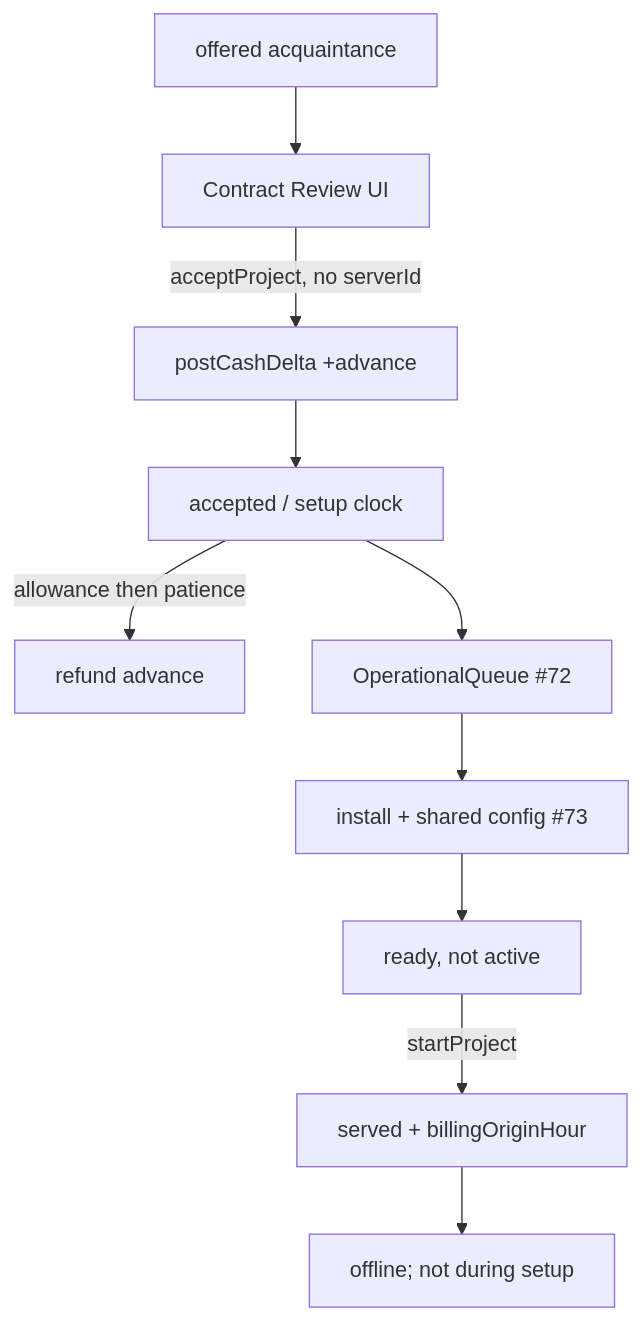
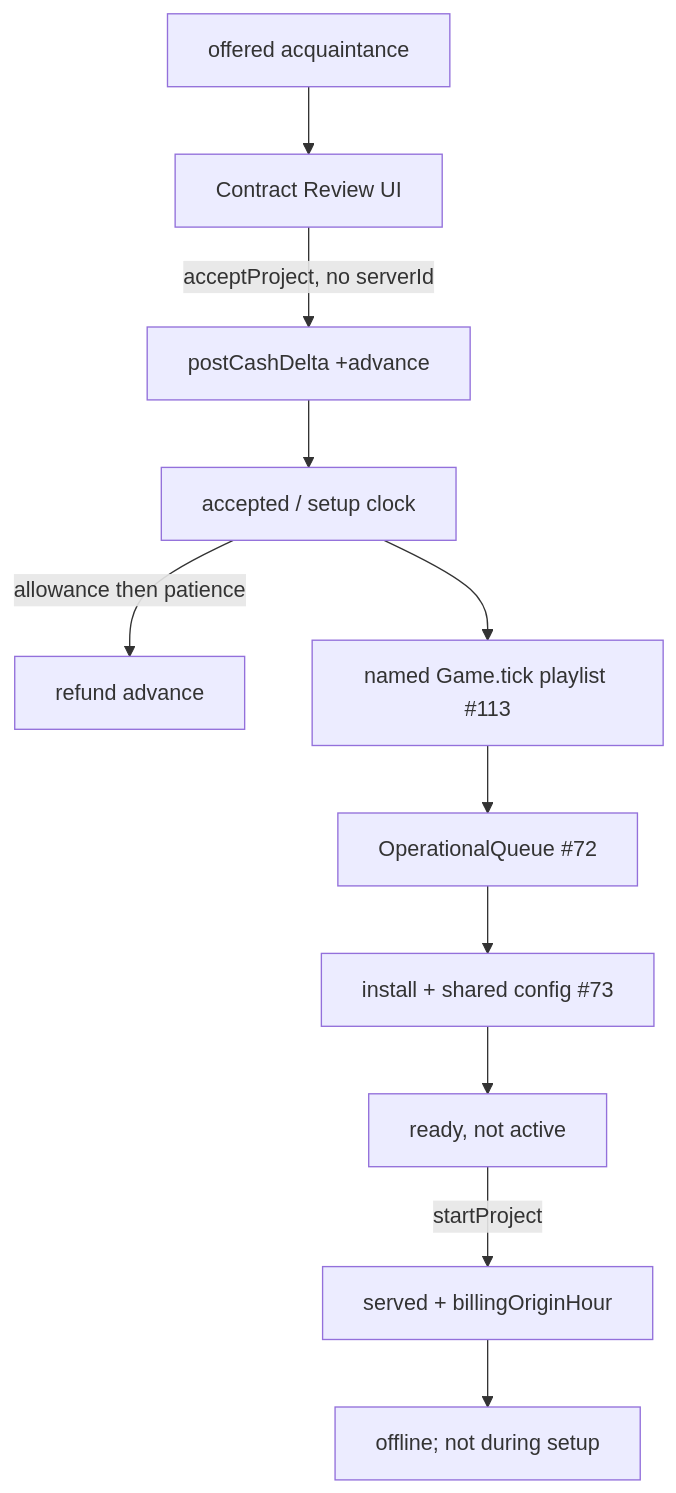
The diagram in .cursor/plans/m4-infrastructure-preparation-and-operations.plan.md (movahedan/fivenines), drawn with Mermaid before and after one commit. The commit also changed other lines of this file and 9 other files, not shown here.

Commit message:
docs(root,@packages/fivenines-engine): plan hourly tick playlist before ops queue

````diff
--- a/.cursor/plans/m4-infrastructure-preparation-and-operations.plan.md
+++ b/.cursor/plans/m4-infrastructure-preparation-and-operations.plan.md
@@ -36,12 +39,13 @@
 ```mermaid
 flowchart TB
   Offer["offered acquaintance"] --> Review["Contract Review UI"]
   Review -->|"acceptProject, no serverId"| Advance["postCashDelta +advance"]
   Advance --> Setup["accepted / setup clock"]
   Setup -->|"allowance then patience"| Withdraw["refund advance"]
-  Setup --> Queue["OperationalQueue #72"]
+  Setup --> Playlist["named Game.tick playlist #113"]
+  Playlist --> Queue["OperationalQueue #72"]
   Queue --> Install["install + shared config #73"]
   Install --> Ready["ready, not active"]
   Ready -->|"startProject"| Active["served + billingOriginHour"]
   Active --> Park["offline; not during setup"]
 ```
````
